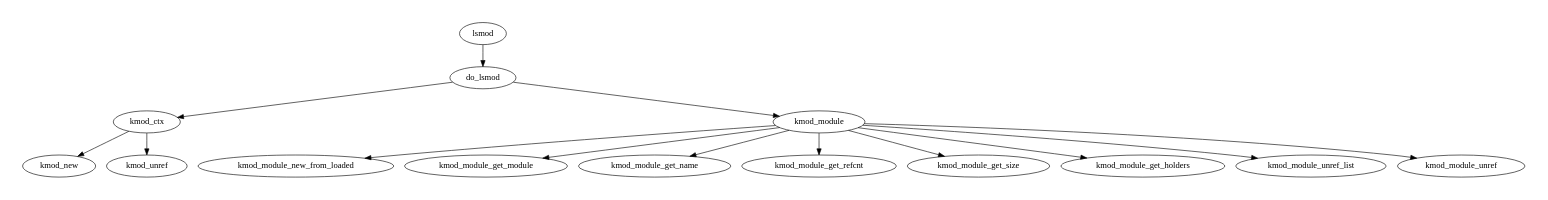
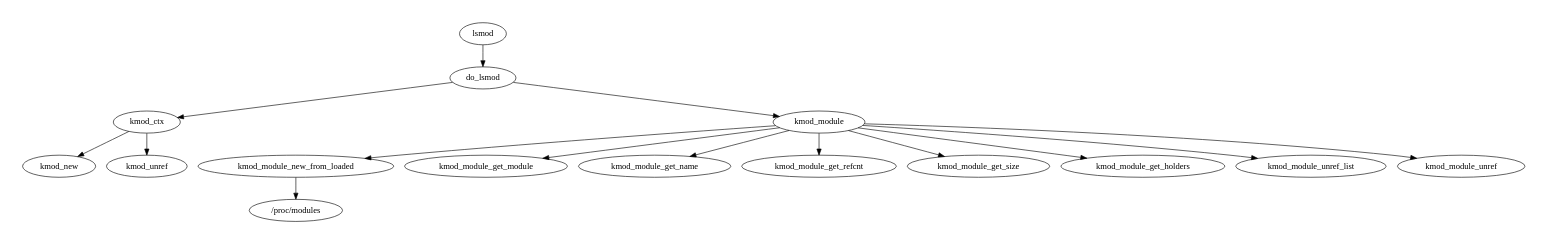
The diagram in pdf/figures/lsmod.dot (limingth/comment-subs), drawn with Graphviz before and after one commit. The commit also changed 49 other files, not shown here.

```diff
--- a/pdf/figures/lsmod.dot
+++ b/pdf/figures/lsmod.dot
@@ -1,23 +1,23 @@
 digraph G {
 
 	size="8, 8";  
 
 	lsmod -> do_lsmod;
 
 	do_lsmod -> kmod_ctx;
 	do_lsmod -> kmod_module;
 
 	kmod_ctx -> kmod_new;
 	kmod_ctx -> kmod_unref;
 
-	kmod_module -> kmod_module_new_from_loaded;
+	kmod_module -> kmod_module_new_from_loaded -> "/proc/modules";
 
 	kmod_module -> kmod_module_get_module;
 	kmod_module -> kmod_module_get_name;
 	kmod_module -> kmod_module_get_refcnt;
 	kmod_module -> kmod_module_get_size;
 	kmod_module -> kmod_module_get_holders;
 	kmod_module -> kmod_module_unref_list;
 	kmod_module -> kmod_module_unref;
 
 }
```
